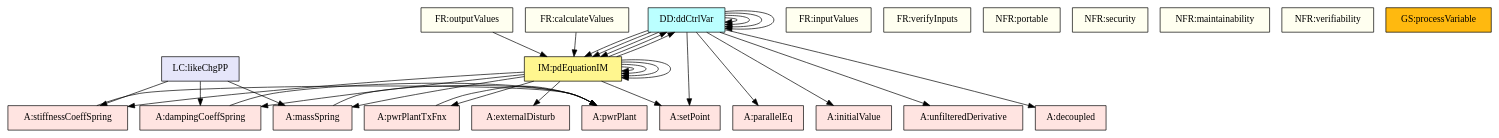
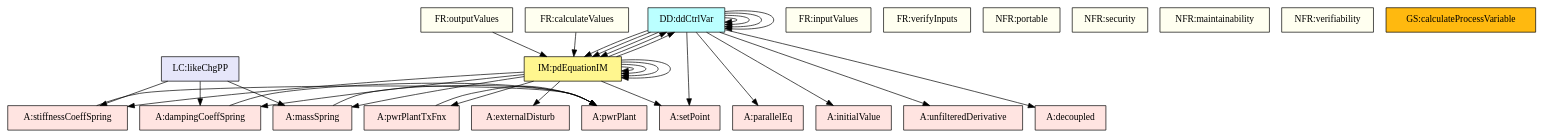
One commit to JacquesCarette/Drasil changed the diagram in code/stable/pdcontroller/TraceyGraph/allvsall.dot. Above: the diagram before and after it, drawn with Graphviz. The commit also changed 7 other files, not shown here.

First line of the commit message:
#2873 : PDController: Give processVariable system goal a unique UID.

```diff
--- a/code/stable/pdcontroller/TraceyGraph/allvsall.dot
+++ b/code/stable/pdcontroller/TraceyGraph/allvsall.dot
@@ -1,115 +1,115 @@
 digraph allvsall {
 	pwrPlantTxFnx -> pwrPlant;
 	massSpring -> pwrPlant;
 	dampingCoeffSpring -> pwrPlant;
 	stiffnessCoeffSpring -> pwrPlant;
 	dataDefn:qdProcessErrorFD -> setPoint;
 	dataDefn:qdProcessErrorFD -> initialValue;
 	dataDefn:qdProcessErrorFD -> theory:laplaceRC;
 	dataDefn:qdPropControlFD -> dataDefn:qdProcessErrorFD;
 	dataDefn:qdPropControlFD -> theory:laplaceRC;
 	dataDefn:qdDerivativeControlFD -> unfilteredDerivative;
 	dataDefn:qdDerivativeControlFD -> dataDefn:qdProcessErrorFD;
 	dataDefn:qdDerivativeControlFD -> theory:laplaceRC;
 	dataDefn:qdCtrlVarFD -> decoupled;
 	dataDefn:qdCtrlVarFD -> parallelEq;
 	dataDefn:qdCtrlVarFD -> dataDefn:qdPropControlFD;
 	dataDefn:qdCtrlVarFD -> dataDefn:qdDerivativeControlFD;
 	theory:tmSOSystemRC -> pwrPlantTxFnx;
 	theory:gdPowerPlantRC -> externalDisturb;
 	theory:gdPowerPlantRC -> massSpring;
 	theory:gdPowerPlantRC -> dampingCoeffSpring;
 	theory:gdPowerPlantRC -> stiffnessCoeffSpring;
 	theory:gdPowerPlantRC -> theory:laplaceRC;
 	theory:gdPowerPlantRC -> theory:tmSOSystemRC;
 	theory:imPDRC -> setPoint;
 	theory:imPDRC -> dataDefn:qdProcessErrorFD;
 	theory:imPDRC -> dataDefn:qdCtrlVarFD;
 	theory:imPDRC -> theory:invLaplaceRC;
 	theory:imPDRC -> theory:gdPowerPlantRC;
 	calculateValues -> theory:imPDRC;
 	outputValues -> theory:imPDRC;
 	likeChgPP -> massSpring;
 	likeChgPP -> dampingCoeffSpring;
 	likeChgPP -> stiffnessCoeffSpring;
 
 
 	pwrPlant	[shape=box, color=black, style=filled, fillcolor=mistyrose, label="A:pwrPlant"];
 	decoupled	[shape=box, color=black, style=filled, fillcolor=mistyrose, label="A:decoupled"];
 	setPoint	[shape=box, color=black, style=filled, fillcolor=mistyrose, label="A:setPoint"];
 	externalDisturb	[shape=box, color=black, style=filled, fillcolor=mistyrose, label="A:externalDisturb"];
 	initialValue	[shape=box, color=black, style=filled, fillcolor=mistyrose, label="A:initialValue"];
 	parallelEq	[shape=box, color=black, style=filled, fillcolor=mistyrose, label="A:parallelEq"];
 	unfilteredDerivative	[shape=box, color=black, style=filled, fillcolor=mistyrose, label="A:unfilteredDerivative"];
 	pwrPlantTxFnx	[shape=box, color=black, style=filled, fillcolor=mistyrose, label="A:pwrPlantTxFnx"];
 	massSpring	[shape=box, color=black, style=filled, fillcolor=mistyrose, label="A:massSpring"];
 	dampingCoeffSpring	[shape=box, color=black, style=filled, fillcolor=mistyrose, label="A:dampingCoeffSpring"];
 	stiffnessCoeffSpring	[shape=box, color=black, style=filled, fillcolor=mistyrose, label="A:stiffnessCoeffSpring"];
 
 	subgraph A {
 	rank="same"
 	{pwrPlant, decoupled, setPoint, externalDisturb, initialValue, parallelEq, unfilteredDerivative, pwrPlantTxFnx, massSpring, dampingCoeffSpring, stiffnessCoeffSpring}
 	}
 
 	dataDefn:qdProcessErrorFD	[shape=box, color=black, style=filled, fillcolor=paleturquoise1, label="DD:ddProcessError"];
 	dataDefn:qdPropControlFD	[shape=box, color=black, style=filled, fillcolor=paleturquoise1, label="DD:ddPropCtrl"];
 	dataDefn:qdDerivativeControlFD	[shape=box, color=black, style=filled, fillcolor=paleturquoise1, label="DD:ddDerivCtrl"];
 	dataDefn:qdCtrlVarFD	[shape=box, color=black, style=filled, fillcolor=paleturquoise1, label="DD:ddCtrlVar"];
 
 	subgraph DD {
 	rank="same"
 	{dataDefn:qdProcessErrorFD, dataDefn:qdPropControlFD, dataDefn:qdDerivativeControlFD, dataDefn:qdCtrlVarFD}
 	}
 
 	theory:laplaceRC	[shape=box, color=black, style=filled, fillcolor=pink, label="TM:laplaceTransform"];
 	theory:invLaplaceRC	[shape=box, color=black, style=filled, fillcolor=pink, label="TM:invLaplaceTransform"];
 	theory:tmSOSystemRC	[shape=box, color=black, style=filled, fillcolor=pink, label="TM:tmSOSystem"];
 
 	subgraph TM {
 	rank="same"
 	{theory:laplaceRC, theory:invLaplaceRC, theory:tmSOSystemRC}
 	}
 
 	theory:gdPowerPlantRC	[shape=box, color=black, style=filled, fillcolor=palegreen, label="GD:gdPowerPlant"];
 
 	subgraph GD {
 	rank="same"
 	{theory:gdPowerPlantRC}
 	}
 
 	theory:imPDRC	[shape=box, color=black, style=filled, fillcolor=khaki1, label="IM:pdEquationIM"];
 
 	subgraph IM {
 	rank="same"
 	{theory:imPDRC}
 	}
 
 	inputValues	[shape=box, color=black, style=filled, fillcolor=ivory, label="FR:inputValues"];
 	verifyInputs	[shape=box, color=black, style=filled, fillcolor=ivory, label="FR:verifyInputs"];
 	calculateValues	[shape=box, color=black, style=filled, fillcolor=ivory, label="FR:calculateValues"];
 	outputValues	[shape=box, color=black, style=filled, fillcolor=ivory, label="FR:outputValues"];
 	portable	[shape=box, color=black, style=filled, fillcolor=ivory, label="NFR:portable"];
 	security	[shape=box, color=black, style=filled, fillcolor=ivory, label="NFR:security"];
 	maintainability	[shape=box, color=black, style=filled, fillcolor=ivory, label="NFR:maintainability"];
 	verifiability	[shape=box, color=black, style=filled, fillcolor=ivory, label="NFR:verifiability"];
 
 	subgraph FR {
 	rank="same"
 	{inputValues, verifyInputs, calculateValues, outputValues, portable, security, maintainability, verifiability}
 	}
 
-	processVariable	[shape=box, color=black, style=filled, fillcolor=darkgoldenrod1, label="GS:processVariable"];
+	calculateProcessVariable	[shape=box, color=black, style=filled, fillcolor=darkgoldenrod1, label="GS:calculateProcessVariable"];
 
 	subgraph GS {
 	rank="same"
-	{processVariable}
+	{calculateProcessVariable}
 	}
 
 	likeChgPP	[shape=box, color=black, style=filled, fillcolor=lavender, label="LC:likeChgPP"];
 
 	subgraph LC {
 	rank="same"
 	{likeChgPP}
 	}
 
 }
```
